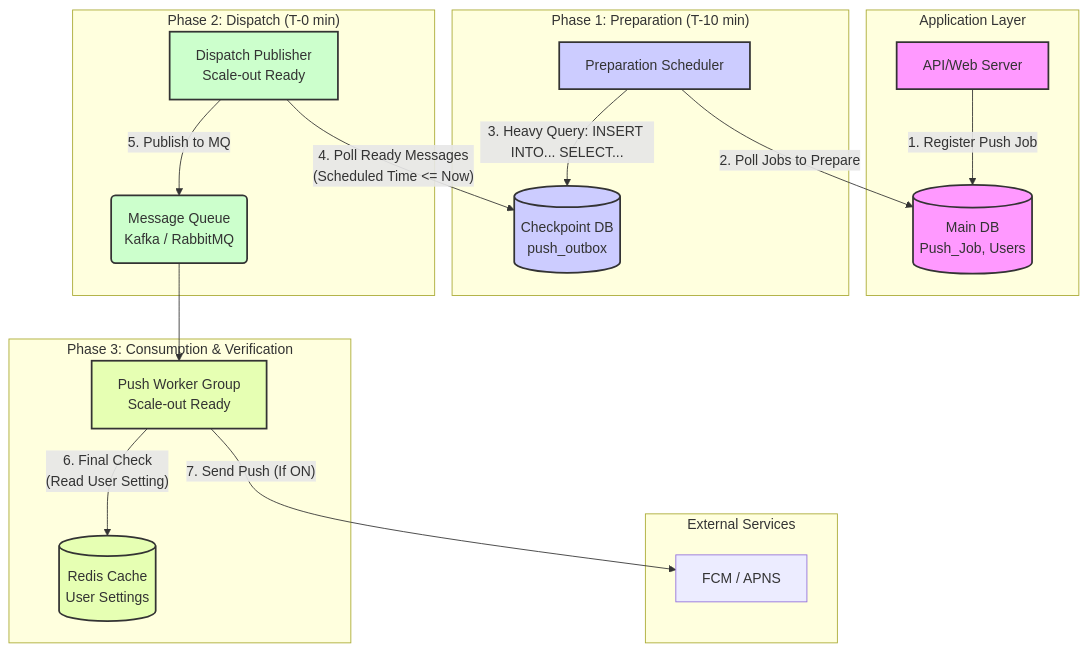
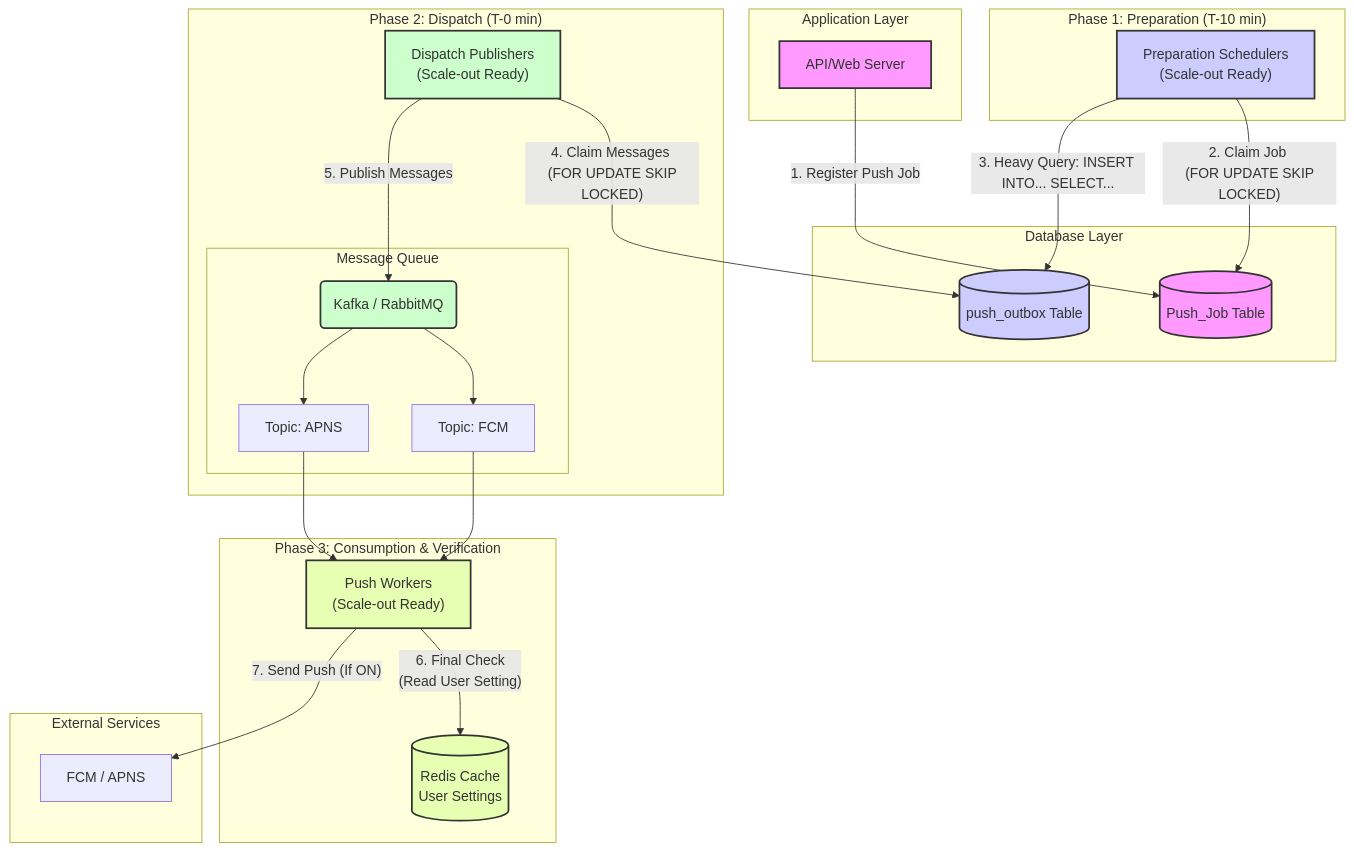
One commit to jungguji/blogcontent changed the third of 4 diagrams in source/_posts/대규모-푸시-알림-시스템의-아키텍처-개선에-관한-연구.md. Above: the diagram before and after it, drawn with Mermaid. The commit also changed other lines of this file and 3 other files, not shown here.

````diff
--- a/source/_posts/대규모-푸시-알림-시스템의-아키텍처-개선에-관한-연구.md
+++ b/source/_posts/대규모-푸시-알림-시스템의-아키텍처-개선에-관한-연구.md
@@ -114,49 +113,61 @@
 ```mermaid
 graph TD
     subgraph "Application Layer"
         WebApp[API/Web Server]
-        MainDB[(Main DB <br/> Push_Job, Users)]
+    end
+
+    subgraph "Database Layer"
+        JobTable[(Push_Job Table)]
+        OutboxTable[(push_outbox Table)]
     end
 
     subgraph "Phase 1: Preparation (T-10 min)"
-        PrepScheduler[Preparation Scheduler]
-        OutboxDB[(Checkpoint DB <br/> push_outbox)]
+        PrepSchedulers["Preparation Schedulers <br/> (Scale-out Ready)"]
     end
 
     subgraph "Phase 2: Dispatch (T-0 min)"
-        DispatchPublisher[Dispatch Publisher <br/> Scale-out Ready]
-        MQ(Message Queue <br/> Kafka / RabbitMQ)
+        DispatchPublishers["Dispatch Publishers <br/> (Scale-out Ready)"]
+        subgraph "Message Queue"
+            MQ(Kafka / RabbitMQ)
+            FCM_Topic[Topic: FCM]
+            APNS_Topic[Topic: APNS]
+        end
     end
 
     subgraph "Phase 3: Consumption & Verification"
-        Consumer[Push Worker Group <br/> Scale-out Ready]
+        Consumers["Push Workers <br/> (Scale-out Ready)"]
         RedisCache[(Redis Cache <br/> User Settings)]
     end
     
     subgraph "External Services"
         PushService[FCM / APNS]
     end
 
     %% Data Flow
-    WebApp -- "1. Register Push Job" --> MainDB
+    WebApp -- "1. Register Push Job" --> JobTable
     
-    PrepScheduler -- "2. Poll Jobs to Prepare" --> MainDB
-    PrepScheduler -- "3. Heavy Query: INSERT INTO... SELECT..." --> OutboxDB
+    PrepSchedulers -- "2. Claim Job <br/> (FOR UPDATE SKIP LOCKED)" --> JobTable
+    PrepSchedulers -- "3. Heavy Query: INSERT INTO... SELECT..." --> OutboxTable
     
-    DispatchPublisher -- "4. Poll Ready Messages <br/> (Scheduled Time &lt;= Now)" --> OutboxDB
-    DispatchPublisher -- "5. Publish to MQ" --> MQ
+    DispatchPublishers -- "4. Claim Messages <br/> (FOR UPDATE SKIP LOCKED)" --> OutboxTable
+    DispatchPublishers -- "5. Publish Messages" --> MQ
 
-    MQ --> Consumer
-    Consumer -- "6. Final Check <br/> (Read User Setting)" --> RedisCache
-    Consumer -- "7. Send Push (If ON)" --> PushService
+    MQ --> FCM_Topic
+    MQ --> APNS_Topic
+
+    FCM_Topic --> Consumers
+    APNS_Topic --> Consumers
+
+    Consumers -- "6. Final Check <br/> (Read User Setting)" --> RedisCache
+    Consumers -- "7. Send Push (If ON)" --> PushService
 
     %% Style
     style WebApp fill:#f9f,stroke:#333,stroke-width:2px
-    style MainDB fill:#f9f,stroke:#333,stroke-width:2px
-    style PrepScheduler fill:#ccf,stroke:#333,stroke-width:2px
-    style OutboxDB fill:#ccf,stroke:#333,stroke-width:2px
-    style DispatchPublisher fill:#cfc,stroke:#333,stroke-width:2px
+    style JobTable fill:#f9f,stroke:#333,stroke-width:2px
+    style OutboxTable fill:#ccf,stroke:#333,stroke-width:2px
+    style PrepSchedulers fill:#ccf,stroke:#333,stroke-width:2px
+    style DispatchPublishers fill:#cfc,stroke:#333,stroke-width:2px
     style MQ fill:#cfc,stroke:#333,stroke-width:2px
-    style Consumer fill:#e6ffb3,stroke:#333,stroke-width:2px
+    style Consumers fill:#e6ffb3,stroke:#333,stroke-width:2px
     style RedisCache fill:#e6ffb3,stroke:#333,stroke-width:2px
 ```
````
